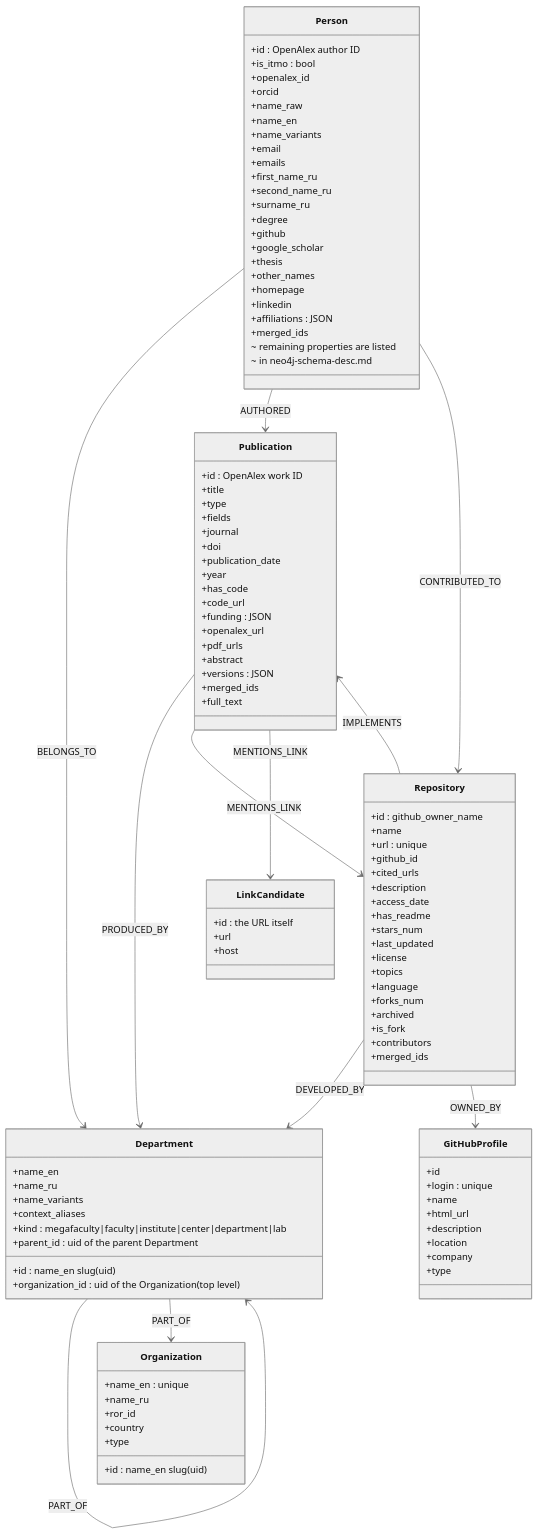
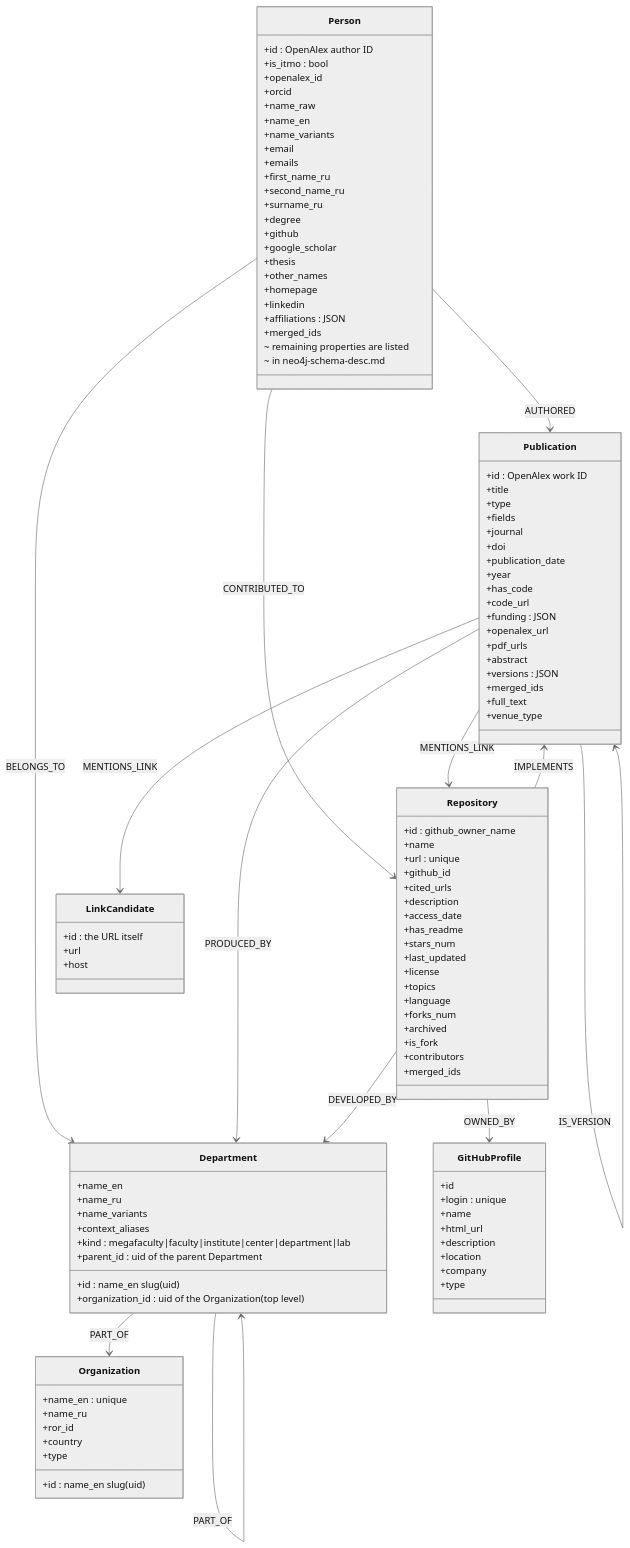
One commit to ITMO-NSS-team/PAUK changed the diagram in docs/diagrams/neo4j-schema.md. Above: the diagram before and after it, drawn with Mermaid (neutral theme). The commit also changed other lines of this file and 43 other files, not shown here.

```diff
--- a/docs/diagrams/neo4j-schema.md
+++ b/docs/diagrams/neo4j-schema.md
@@ -66,6 +66,7 @@
         +versions : JSON
         +merged_ids
         +full_text
+        +venue_type
     }
 
     class Repository {
@@ -112,6 +113,7 @@
     Publication --> Department : PRODUCED_BY
     Publication --> Repository : MENTIONS_LINK
     Publication --> LinkCandidate : MENTIONS_LINK
+    Publication --> Publication : IS_VERSION
     Repository --> Department : DEVELOPED_BY
     Repository --> Publication : IMPLEMENTS
     Repository --> GitHubProfile : OWNED_BY
```
